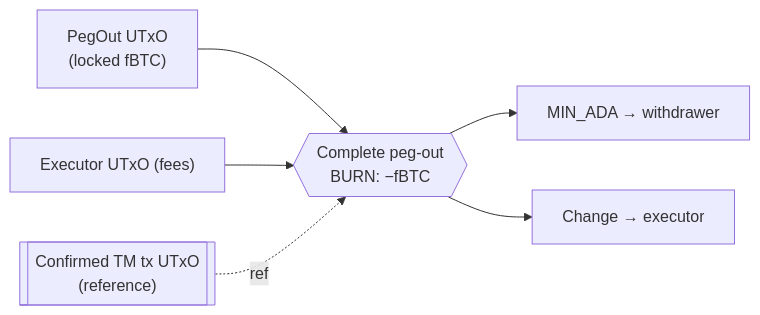
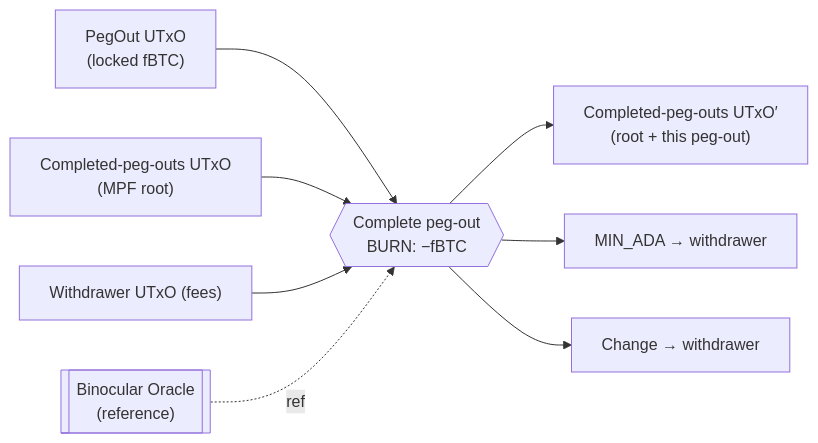
The eighth of 8 diagrams in documentation/technical_documentation.md (FluidTokens/ft-bifrost-bridge), drawn with Mermaid before and after one commit. The commit also changed other lines of this file, not shown here.

First line of the commit message:
docs: document the implemented peg-out completion scheme (G28)

````diff
--- a/documentation/technical_documentation.md
+++ b/documentation/technical_documentation.md
@@ -747,8 +754,10 @@
 ```mermaid
 flowchart LR
   pout["PegOut UTxO<br/>(locked fBTC)"] --> tx{{"Complete peg-out<br/>BURN: −fBTC"}}
-  exec["Executor UTxO (fees)"] --> tx
-  conf_ref[["Confirmed TM tx UTxO<br/>(reference)"]] -. ref .-> tx
+  cpo_in["Completed-peg-outs UTxO<br/>(MPF root)"] --> tx
+  wdraw["Withdrawer UTxO (fees)"] --> tx
+  binoc[["Binocular Oracle<br/>(reference)"]] -. ref .-> tx
+  tx --> cpo_out["Completed-peg-outs UTxO′<br/>(root + this peg-out)"]
   tx --> minada["MIN_ADA → withdrawer"]
-  tx --> change["Change → executor"]
+  tx --> change["Change → withdrawer"]
 ```
````
